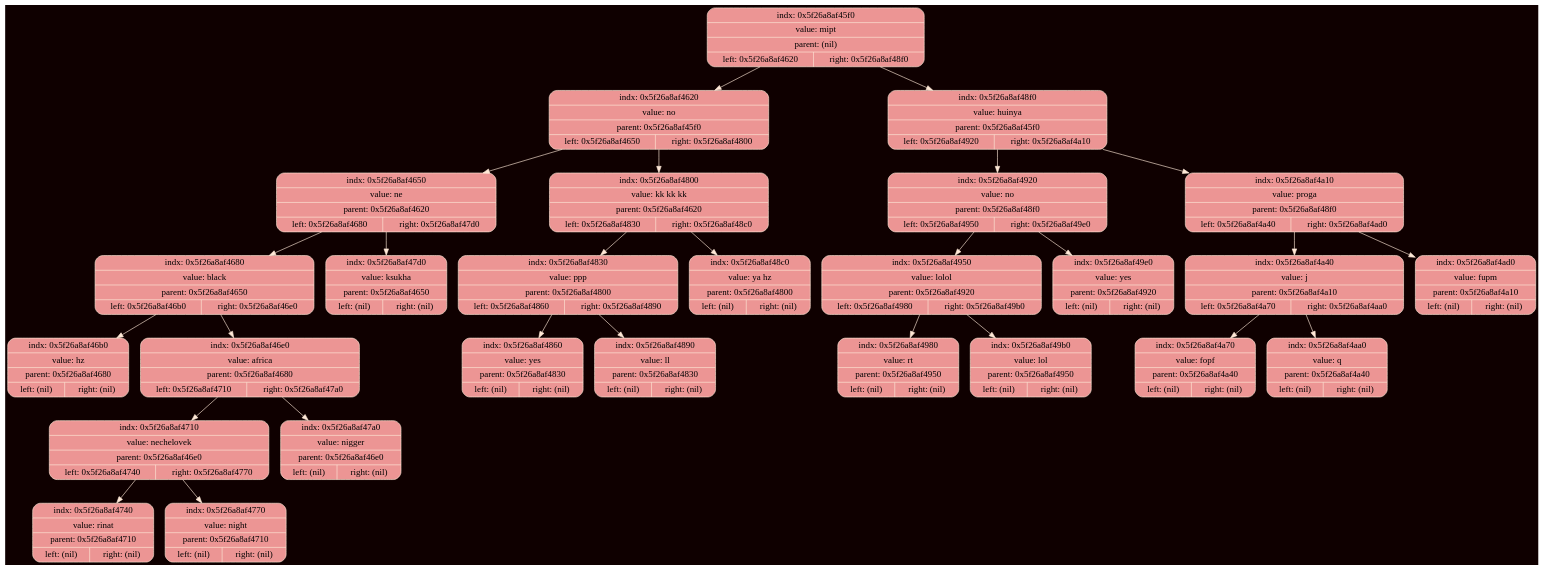
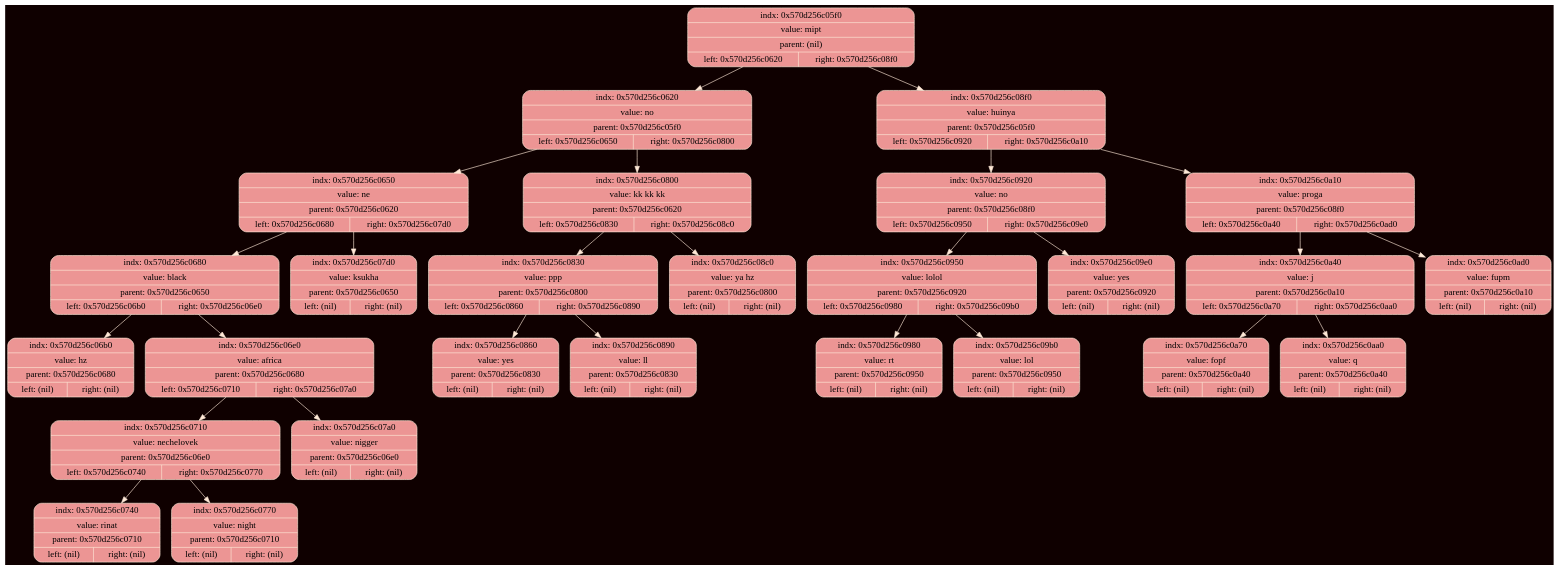
Before and after one commit to ksshkh/akinator: the diagram in debug/tree.dot, drawn with Graphviz. The commit also changed 6 other files, not shown here.

```diff
--- a/debug/tree.dot
+++ b/debug/tree.dot
@@ -1,59 +1,59 @@
 digraph Tree {
 	rankdir = TB;
 	node [shape = record];
 	edge [color = "#FEE8D6"];
 	bgcolor = "#0F0000";
-	node0x5f26a8af45f0 [color = "#FEE8D6", shape = Mrecord, style = filled, fillcolor = "#EC9594", label = "{indx: 0x5f26a8af45f0 | value: mipt | parent: (nil) | { left: 0x5f26a8af4620 | right: 0x5f26a8af48f0}}"];
-		node0x5f26a8af45f0 -> node0x5f26a8af4620
-	node0x5f26a8af4620 [color = "#FEE8D6", shape = Mrecord, style = filled, fillcolor = "#EC9594", label = "{indx: 0x5f26a8af4620 | value: no | parent: 0x5f26a8af45f0 | { left: 0x5f26a8af4650 | right: 0x5f26a8af4800}}"];
-		node0x5f26a8af4620 -> node0x5f26a8af4650
-	node0x5f26a8af4650 [color = "#FEE8D6", shape = Mrecord, style = filled, fillcolor = "#EC9594", label = "{indx: 0x5f26a8af4650 | value: ne | parent: 0x5f26a8af4620 | { left: 0x5f26a8af4680 | right: 0x5f26a8af47d0}}"];
-		node0x5f26a8af4650 -> node0x5f26a8af4680
-	node0x5f26a8af4680 [color = "#FEE8D6", shape = Mrecord, style = filled, fillcolor = "#EC9594", label = "{indx: 0x5f26a8af4680 | value: black | parent: 0x5f26a8af4650 | { left: 0x5f26a8af46b0 | right: 0x5f26a8af46e0}}"];
-		node0x5f26a8af4680 -> node0x5f26a8af46b0
-	node0x5f26a8af46b0 [color = "#FEE8D6", shape = Mrecord, style = filled, fillcolor = "#EC9594", label = "{indx: 0x5f26a8af46b0 | value: hz | parent: 0x5f26a8af4680 | { left: (nil) | right: (nil)}}"];
-		node0x5f26a8af4680 -> node0x5f26a8af46e0
-	node0x5f26a8af46e0 [color = "#FEE8D6", shape = Mrecord, style = filled, fillcolor = "#EC9594", label = "{indx: 0x5f26a8af46e0 | value: africa | parent: 0x5f26a8af4680 | { left: 0x5f26a8af4710 | right: 0x5f26a8af47a0}}"];
-		node0x5f26a8af46e0 -> node0x5f26a8af4710
-	node0x5f26a8af4710 [color = "#FEE8D6", shape = Mrecord, style = filled, fillcolor = "#EC9594", label = "{indx: 0x5f26a8af4710 | value: nechelovek | parent: 0x5f26a8af46e0 | { left: 0x5f26a8af4740 | right: 0x5f26a8af4770}}"];
-		node0x5f26a8af4710 -> node0x5f26a8af4740
-	node0x5f26a8af4740 [color = "#FEE8D6", shape = Mrecord, style = filled, fillcolor = "#EC9594", label = "{indx: 0x5f26a8af4740 | value: rinat | parent: 0x5f26a8af4710 | { left: (nil) | right: (nil)}}"];
-		node0x5f26a8af4710 -> node0x5f26a8af4770
-	node0x5f26a8af4770 [color = "#FEE8D6", shape = Mrecord, style = filled, fillcolor = "#EC9594", label = "{indx: 0x5f26a8af4770 | value: night | parent: 0x5f26a8af4710 | { left: (nil) | right: (nil)}}"];
-		node0x5f26a8af46e0 -> node0x5f26a8af47a0
-	node0x5f26a8af47a0 [color = "#FEE8D6", shape = Mrecord, style = filled, fillcolor = "#EC9594", label = "{indx: 0x5f26a8af47a0 | value: nigger | parent: 0x5f26a8af46e0 | { left: (nil) | right: (nil)}}"];
-		node0x5f26a8af4650 -> node0x5f26a8af47d0
-	node0x5f26a8af47d0 [color = "#FEE8D6", shape = Mrecord, style = filled, fillcolor = "#EC9594", label = "{indx: 0x5f26a8af47d0 | value: ksukha | parent: 0x5f26a8af4650 | { left: (nil) | right: (nil)}}"];
-		node0x5f26a8af4620 -> node0x5f26a8af4800
-	node0x5f26a8af4800 [color = "#FEE8D6", shape = Mrecord, style = filled, fillcolor = "#EC9594", label = "{indx: 0x5f26a8af4800 | value: kk kk kk | parent: 0x5f26a8af4620 | { left: 0x5f26a8af4830 | right: 0x5f26a8af48c0}}"];
-		node0x5f26a8af4800 -> node0x5f26a8af4830
-	node0x5f26a8af4830 [color = "#FEE8D6", shape = Mrecord, style = filled, fillcolor = "#EC9594", label = "{indx: 0x5f26a8af4830 | value: ppp | parent: 0x5f26a8af4800 | { left: 0x5f26a8af4860 | right: 0x5f26a8af4890}}"];
-		node0x5f26a8af4830 -> node0x5f26a8af4860
-	node0x5f26a8af4860 [color = "#FEE8D6", shape = Mrecord, style = filled, fillcolor = "#EC9594", label = "{indx: 0x5f26a8af4860 | value: yes | parent: 0x5f26a8af4830 | { left: (nil) | right: (nil)}}"];
-		node0x5f26a8af4830 -> node0x5f26a8af4890
-	node0x5f26a8af4890 [color = "#FEE8D6", shape = Mrecord, style = filled, fillcolor = "#EC9594", label = "{indx: 0x5f26a8af4890 | value: ll | parent: 0x5f26a8af4830 | { left: (nil) | right: (nil)}}"];
-		node0x5f26a8af4800 -> node0x5f26a8af48c0
-	node0x5f26a8af48c0 [color = "#FEE8D6", shape = Mrecord, style = filled, fillcolor = "#EC9594", label = "{indx: 0x5f26a8af48c0 | value: ya hz | parent: 0x5f26a8af4800 | { left: (nil) | right: (nil)}}"];
-		node0x5f26a8af45f0 -> node0x5f26a8af48f0
-	node0x5f26a8af48f0 [color = "#FEE8D6", shape = Mrecord, style = filled, fillcolor = "#EC9594", label = "{indx: 0x5f26a8af48f0 | value: huinya | parent: 0x5f26a8af45f0 | { left: 0x5f26a8af4920 | right: 0x5f26a8af4a10}}"];
-		node0x5f26a8af48f0 -> node0x5f26a8af4920
-	node0x5f26a8af4920 [color = "#FEE8D6", shape = Mrecord, style = filled, fillcolor = "#EC9594", label = "{indx: 0x5f26a8af4920 | value: no | parent: 0x5f26a8af48f0 | { left: 0x5f26a8af4950 | right: 0x5f26a8af49e0}}"];
-		node0x5f26a8af4920 -> node0x5f26a8af4950
-	node0x5f26a8af4950 [color = "#FEE8D6", shape = Mrecord, style = filled, fillcolor = "#EC9594", label = "{indx: 0x5f26a8af4950 | value: lolol | parent: 0x5f26a8af4920 | { left: 0x5f26a8af4980 | right: 0x5f26a8af49b0}}"];
-		node0x5f26a8af4950 -> node0x5f26a8af4980
-	node0x5f26a8af4980 [color = "#FEE8D6", shape = Mrecord, style = filled, fillcolor = "#EC9594", label = "{indx: 0x5f26a8af4980 | value: rt | parent: 0x5f26a8af4950 | { left: (nil) | right: (nil)}}"];
-		node0x5f26a8af4950 -> node0x5f26a8af49b0
-	node0x5f26a8af49b0 [color = "#FEE8D6", shape = Mrecord, style = filled, fillcolor = "#EC9594", label = "{indx: 0x5f26a8af49b0 | value: lol | parent: 0x5f26a8af4950 | { left: (nil) | right: (nil)}}"];
-		node0x5f26a8af4920 -> node0x5f26a8af49e0
-	node0x5f26a8af49e0 [color = "#FEE8D6", shape = Mrecord, style = filled, fillcolor = "#EC9594", label = "{indx: 0x5f26a8af49e0 | value: yes | parent: 0x5f26a8af4920 | { left: (nil) | right: (nil)}}"];
-		node0x5f26a8af48f0 -> node0x5f26a8af4a10
-	node0x5f26a8af4a10 [color = "#FEE8D6", shape = Mrecord, style = filled, fillcolor = "#EC9594", label = "{indx: 0x5f26a8af4a10 | value: proga | parent: 0x5f26a8af48f0 | { left: 0x5f26a8af4a40 | right: 0x5f26a8af4ad0}}"];
-		node0x5f26a8af4a10 -> node0x5f26a8af4a40
-	node0x5f26a8af4a40 [color = "#FEE8D6", shape = Mrecord, style = filled, fillcolor = "#EC9594", label = "{indx: 0x5f26a8af4a40 | value: j | parent: 0x5f26a8af4a10 | { left: 0x5f26a8af4a70 | right: 0x5f26a8af4aa0}}"];
-		node0x5f26a8af4a40 -> node0x5f26a8af4a70
-	node0x5f26a8af4a70 [color = "#FEE8D6", shape = Mrecord, style = filled, fillcolor = "#EC9594", label = "{indx: 0x5f26a8af4a70 | value: fopf | parent: 0x5f26a8af4a40 | { left: (nil) | right: (nil)}}"];
-		node0x5f26a8af4a40 -> node0x5f26a8af4aa0
-	node0x5f26a8af4aa0 [color = "#FEE8D6", shape = Mrecord, style = filled, fillcolor = "#EC9594", label = "{indx: 0x5f26a8af4aa0 | value: q | parent: 0x5f26a8af4a40 | { left: (nil) | right: (nil)}}"];
-		node0x5f26a8af4a10 -> node0x5f26a8af4ad0
-	node0x5f26a8af4ad0 [color = "#FEE8D6", shape = Mrecord, style = filled, fillcolor = "#EC9594", label = "{indx: 0x5f26a8af4ad0 | value: fupm | parent: 0x5f26a8af4a10 | { left: (nil) | right: (nil)}}"];
+	node0x570d256c05f0 [color = "#FEE8D6", shape = Mrecord, style = filled, fillcolor = "#EC9594", label = "{indx: 0x570d256c05f0 | value: mipt | parent: (nil) | { left: 0x570d256c0620 | right: 0x570d256c08f0}}"];
+		node0x570d256c05f0 -> node0x570d256c0620
+	node0x570d256c0620 [color = "#FEE8D6", shape = Mrecord, style = filled, fillcolor = "#EC9594", label = "{indx: 0x570d256c0620 | value: no | parent: 0x570d256c05f0 | { left: 0x570d256c0650 | right: 0x570d256c0800}}"];
+		node0x570d256c0620 -> node0x570d256c0650
+	node0x570d256c0650 [color = "#FEE8D6", shape = Mrecord, style = filled, fillcolor = "#EC9594", label = "{indx: 0x570d256c0650 | value: ne | parent: 0x570d256c0620 | { left: 0x570d256c0680 | right: 0x570d256c07d0}}"];
+		node0x570d256c0650 -> node0x570d256c0680
+	node0x570d256c0680 [color = "#FEE8D6", shape = Mrecord, style = filled, fillcolor = "#EC9594", label = "{indx: 0x570d256c0680 | value: black | parent: 0x570d256c0650 | { left: 0x570d256c06b0 | right: 0x570d256c06e0}}"];
+		node0x570d256c0680 -> node0x570d256c06b0
+	node0x570d256c06b0 [color = "#FEE8D6", shape = Mrecord, style = filled, fillcolor = "#EC9594", label = "{indx: 0x570d256c06b0 | value: hz | parent: 0x570d256c0680 | { left: (nil) | right: (nil)}}"];
+		node0x570d256c0680 -> node0x570d256c06e0
+	node0x570d256c06e0 [color = "#FEE8D6", shape = Mrecord, style = filled, fillcolor = "#EC9594", label = "{indx: 0x570d256c06e0 | value: africa | parent: 0x570d256c0680 | { left: 0x570d256c0710 | right: 0x570d256c07a0}}"];
+		node0x570d256c06e0 -> node0x570d256c0710
+	node0x570d256c0710 [color = "#FEE8D6", shape = Mrecord, style = filled, fillcolor = "#EC9594", label = "{indx: 0x570d256c0710 | value: nechelovek | parent: 0x570d256c06e0 | { left: 0x570d256c0740 | right: 0x570d256c0770}}"];
+		node0x570d256c0710 -> node0x570d256c0740
+	node0x570d256c0740 [color = "#FEE8D6", shape = Mrecord, style = filled, fillcolor = "#EC9594", label = "{indx: 0x570d256c0740 | value: rinat | parent: 0x570d256c0710 | { left: (nil) | right: (nil)}}"];
+		node0x570d256c0710 -> node0x570d256c0770
+	node0x570d256c0770 [color = "#FEE8D6", shape = Mrecord, style = filled, fillcolor = "#EC9594", label = "{indx: 0x570d256c0770 | value: night | parent: 0x570d256c0710 | { left: (nil) | right: (nil)}}"];
+		node0x570d256c06e0 -> node0x570d256c07a0
+	node0x570d256c07a0 [color = "#FEE8D6", shape = Mrecord, style = filled, fillcolor = "#EC9594", label = "{indx: 0x570d256c07a0 | value: nigger | parent: 0x570d256c06e0 | { left: (nil) | right: (nil)}}"];
+		node0x570d256c0650 -> node0x570d256c07d0
+	node0x570d256c07d0 [color = "#FEE8D6", shape = Mrecord, style = filled, fillcolor = "#EC9594", label = "{indx: 0x570d256c07d0 | value: ksukha | parent: 0x570d256c0650 | { left: (nil) | right: (nil)}}"];
+		node0x570d256c0620 -> node0x570d256c0800
+	node0x570d256c0800 [color = "#FEE8D6", shape = Mrecord, style = filled, fillcolor = "#EC9594", label = "{indx: 0x570d256c0800 | value: kk kk kk | parent: 0x570d256c0620 | { left: 0x570d256c0830 | right: 0x570d256c08c0}}"];
+		node0x570d256c0800 -> node0x570d256c0830
+	node0x570d256c0830 [color = "#FEE8D6", shape = Mrecord, style = filled, fillcolor = "#EC9594", label = "{indx: 0x570d256c0830 | value: ppp | parent: 0x570d256c0800 | { left: 0x570d256c0860 | right: 0x570d256c0890}}"];
+		node0x570d256c0830 -> node0x570d256c0860
+	node0x570d256c0860 [color = "#FEE8D6", shape = Mrecord, style = filled, fillcolor = "#EC9594", label = "{indx: 0x570d256c0860 | value: yes | parent: 0x570d256c0830 | { left: (nil) | right: (nil)}}"];
+		node0x570d256c0830 -> node0x570d256c0890
+	node0x570d256c0890 [color = "#FEE8D6", shape = Mrecord, style = filled, fillcolor = "#EC9594", label = "{indx: 0x570d256c0890 | value: ll | parent: 0x570d256c0830 | { left: (nil) | right: (nil)}}"];
+		node0x570d256c0800 -> node0x570d256c08c0
+	node0x570d256c08c0 [color = "#FEE8D6", shape = Mrecord, style = filled, fillcolor = "#EC9594", label = "{indx: 0x570d256c08c0 | value: ya hz | parent: 0x570d256c0800 | { left: (nil) | right: (nil)}}"];
+		node0x570d256c05f0 -> node0x570d256c08f0
+	node0x570d256c08f0 [color = "#FEE8D6", shape = Mrecord, style = filled, fillcolor = "#EC9594", label = "{indx: 0x570d256c08f0 | value: huinya | parent: 0x570d256c05f0 | { left: 0x570d256c0920 | right: 0x570d256c0a10}}"];
+		node0x570d256c08f0 -> node0x570d256c0920
+	node0x570d256c0920 [color = "#FEE8D6", shape = Mrecord, style = filled, fillcolor = "#EC9594", label = "{indx: 0x570d256c0920 | value: no | parent: 0x570d256c08f0 | { left: 0x570d256c0950 | right: 0x570d256c09e0}}"];
+		node0x570d256c0920 -> node0x570d256c0950
+	node0x570d256c0950 [color = "#FEE8D6", shape = Mrecord, style = filled, fillcolor = "#EC9594", label = "{indx: 0x570d256c0950 | value: lolol | parent: 0x570d256c0920 | { left: 0x570d256c0980 | right: 0x570d256c09b0}}"];
+		node0x570d256c0950 -> node0x570d256c0980
+	node0x570d256c0980 [color = "#FEE8D6", shape = Mrecord, style = filled, fillcolor = "#EC9594", label = "{indx: 0x570d256c0980 | value: rt | parent: 0x570d256c0950 | { left: (nil) | right: (nil)}}"];
+		node0x570d256c0950 -> node0x570d256c09b0
+	node0x570d256c09b0 [color = "#FEE8D6", shape = Mrecord, style = filled, fillcolor = "#EC9594", label = "{indx: 0x570d256c09b0 | value: lol | parent: 0x570d256c0950 | { left: (nil) | right: (nil)}}"];
+		node0x570d256c0920 -> node0x570d256c09e0
+	node0x570d256c09e0 [color = "#FEE8D6", shape = Mrecord, style = filled, fillcolor = "#EC9594", label = "{indx: 0x570d256c09e0 | value: yes | parent: 0x570d256c0920 | { left: (nil) | right: (nil)}}"];
+		node0x570d256c08f0 -> node0x570d256c0a10
+	node0x570d256c0a10 [color = "#FEE8D6", shape = Mrecord, style = filled, fillcolor = "#EC9594", label = "{indx: 0x570d256c0a10 | value: proga | parent: 0x570d256c08f0 | { left: 0x570d256c0a40 | right: 0x570d256c0ad0}}"];
+		node0x570d256c0a10 -> node0x570d256c0a40
+	node0x570d256c0a40 [color = "#FEE8D6", shape = Mrecord, style = filled, fillcolor = "#EC9594", label = "{indx: 0x570d256c0a40 | value: j | parent: 0x570d256c0a10 | { left: 0x570d256c0a70 | right: 0x570d256c0aa0}}"];
+		node0x570d256c0a40 -> node0x570d256c0a70
+	node0x570d256c0a70 [color = "#FEE8D6", shape = Mrecord, style = filled, fillcolor = "#EC9594", label = "{indx: 0x570d256c0a70 | value: fopf | parent: 0x570d256c0a40 | { left: (nil) | right: (nil)}}"];
+		node0x570d256c0a40 -> node0x570d256c0aa0
+	node0x570d256c0aa0 [color = "#FEE8D6", shape = Mrecord, style = filled, fillcolor = "#EC9594", label = "{indx: 0x570d256c0aa0 | value: q | parent: 0x570d256c0a40 | { left: (nil) | right: (nil)}}"];
+		node0x570d256c0a10 -> node0x570d256c0ad0
+	node0x570d256c0ad0 [color = "#FEE8D6", shape = Mrecord, style = filled, fillcolor = "#EC9594", label = "{indx: 0x570d256c0ad0 | value: fupm | parent: 0x570d256c0a10 | { left: (nil) | right: (nil)}}"];
 }
```
